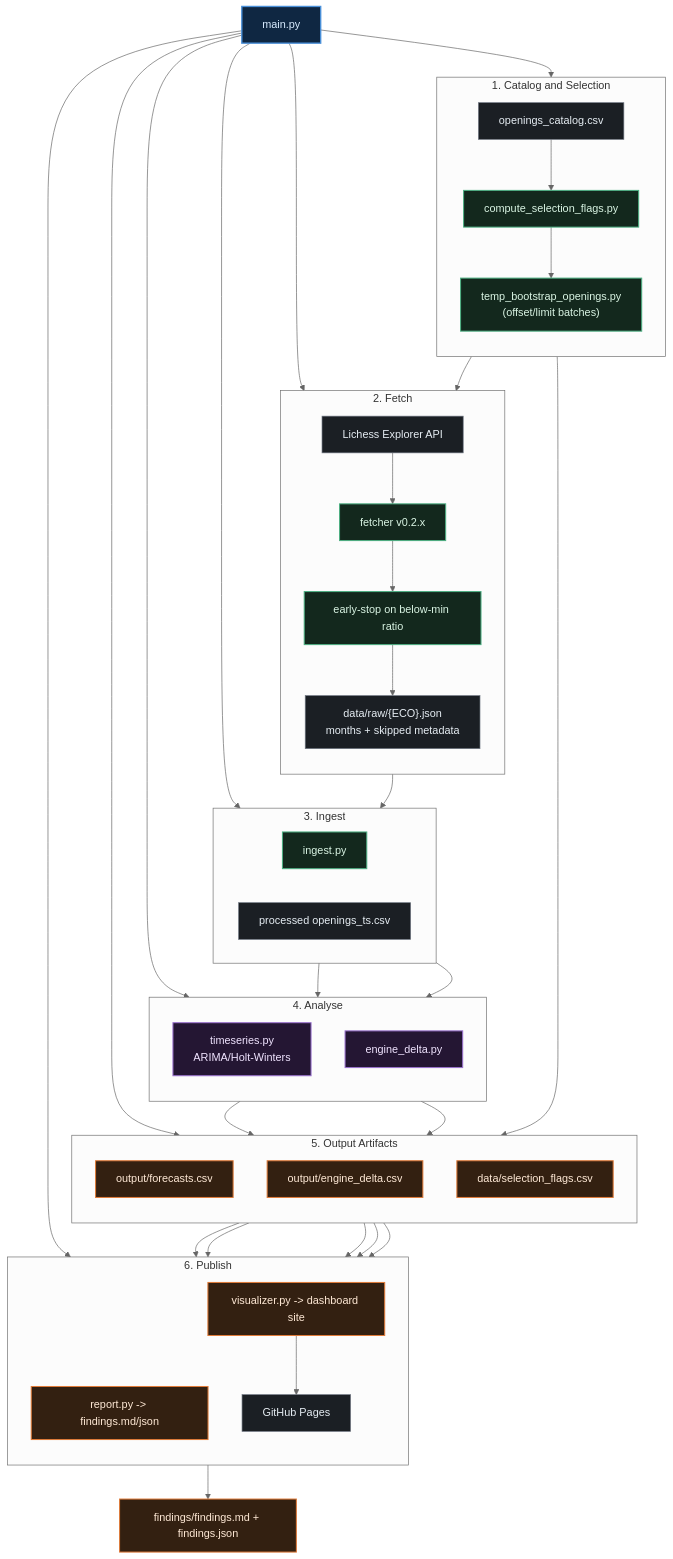
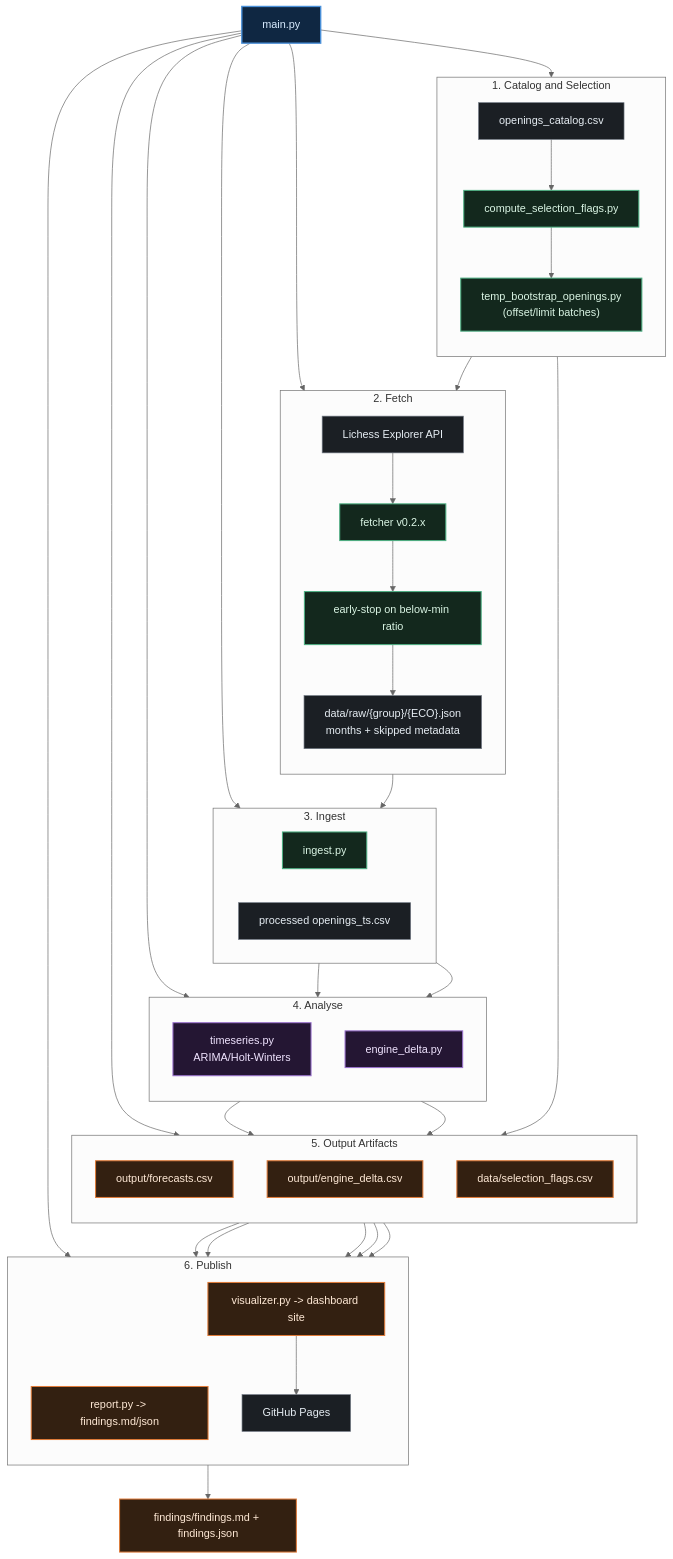
Before and after one commit to coeusyk/opencast: the diagram in README.md, drawn with Mermaid (neutral theme). The commit also changed other lines of this file, not shown here.

Commit message:
docs: update README.md to clarify JSON file structure and enhance pipeline details

````diff
--- a/README.md
+++ b/README.md
@@ -94,82 +98,82 @@
 ```mermaid
 ---
 config:
   layout: dagre
 ---
 flowchart TB
  subgraph CATALOG["1. Catalog and Selection"]
   direction TB
     CATALOGCSV["openings_catalog.csv"]
     FLAGS["compute_selection_flags.py"]
     BATCH["temp_bootstrap_openings.py\n(offset/limit batches)"]
   end
  subgraph FETCH["2. Fetch"]
   direction TB
     LICHESS["Lichess Explorer API"]
     RUST["fetcher v0.2.x"]
     EARLY["early-stop on below-min ratio"]
-    RAW["data/raw/{ECO}.json\nmonths + skipped metadata"]
+    RAW["data/raw/{group}/{ECO}.json\nmonths + skipped metadata"]
   end
  subgraph INGEST["3. Ingest"]
     direction LR
     CLEAN["ingest.py"]
     HIST["processed openings_ts.csv"]
   end
  subgraph ANALYSE["4. Analyse"]
     direction TB
     TS["timeseries.py\nARIMA/Holt-Winters"]
     DELTA["engine_delta.py"]
   end
  subgraph OUTPUTS["5. Output Artifacts"]
     direction TB
     FOUT["output/forecasts.csv"]
     DOUT["output/engine_delta.csv"]
     SEL["data/selection_flags.csv"]
   end
  subgraph PUBLISH["6. Publish"]
     direction TB
     REPORT["report.py -> findings.md/json"]
     DASH["visualizer.py -> dashboard site"]
     PAGE["GitHub Pages"]
   end
 
   RUNNER["main.py"] --> CATALOG & FETCH & INGEST & ANALYSE & OUTPUTS & PUBLISH
   CATALOGCSV --> FLAGS --> BATCH
   BATCH --> RUST
   LICHESS --> RUST --> EARLY --> RAW
   BATCH --> SEL
     RAW --> CLEAN
   HIST --> TS & DELTA
   TS --> FOUT
     DELTA --> DOUT
   FOUT --> REPORT & DASH
   DOUT --> REPORT & DASH
   SEL --> DASH
     DASH --> PAGE
   REPORT --> FINDINGS["findings/findings.md + findings.json"]
 
      LICHESS:::data
    CATALOGCSV:::data
    FLAGS:::ingest
    BATCH:::ingest
    RUST:::ingest
    EARLY:::ingest
      RAW:::data
      CLEAN:::ingest
      HIST:::data
    TS:::analyse
      DELTA:::analyse
      FOUT:::output
      DOUT:::output
    SEL:::output
      DASH:::output
    REPORT:::output
   FINDINGS:::output
     PAGE:::data
      RUNNER:::runner
     classDef runner  fill:#0f2742,stroke:#4a90d9,stroke-width:2px,color:#d9ecff
     classDef ingest  fill:#13281d,stroke:#4caf82,stroke-width:1.5px,color:#daf5e4
     classDef analyse fill:#241633,stroke:#9b72cf,stroke-width:1.5px,color:#f0e4ff
     classDef output  fill:#332011,stroke:#e07b39,stroke-width:1.5px,color:#ffe9d6
     classDef data    fill:#1b1f24,stroke:#6e7681,stroke-width:1px,color:#e6edf3
 ```
````
